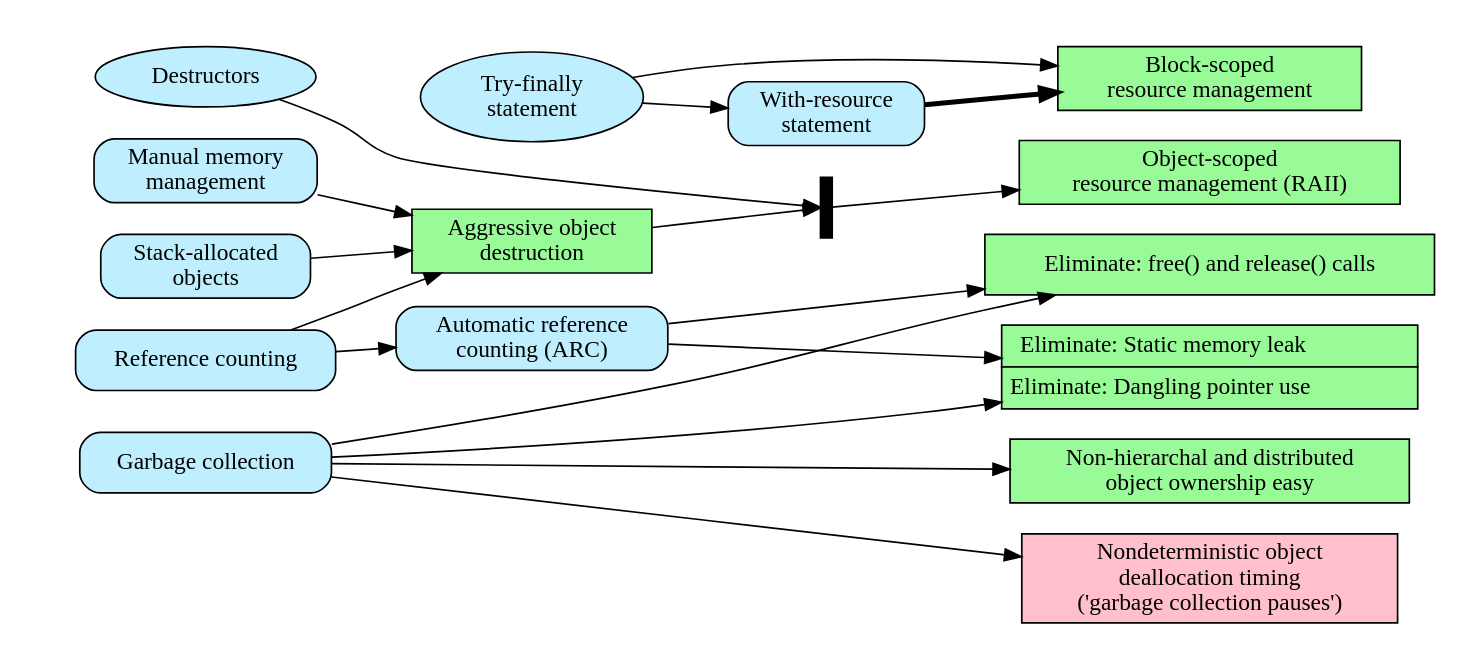
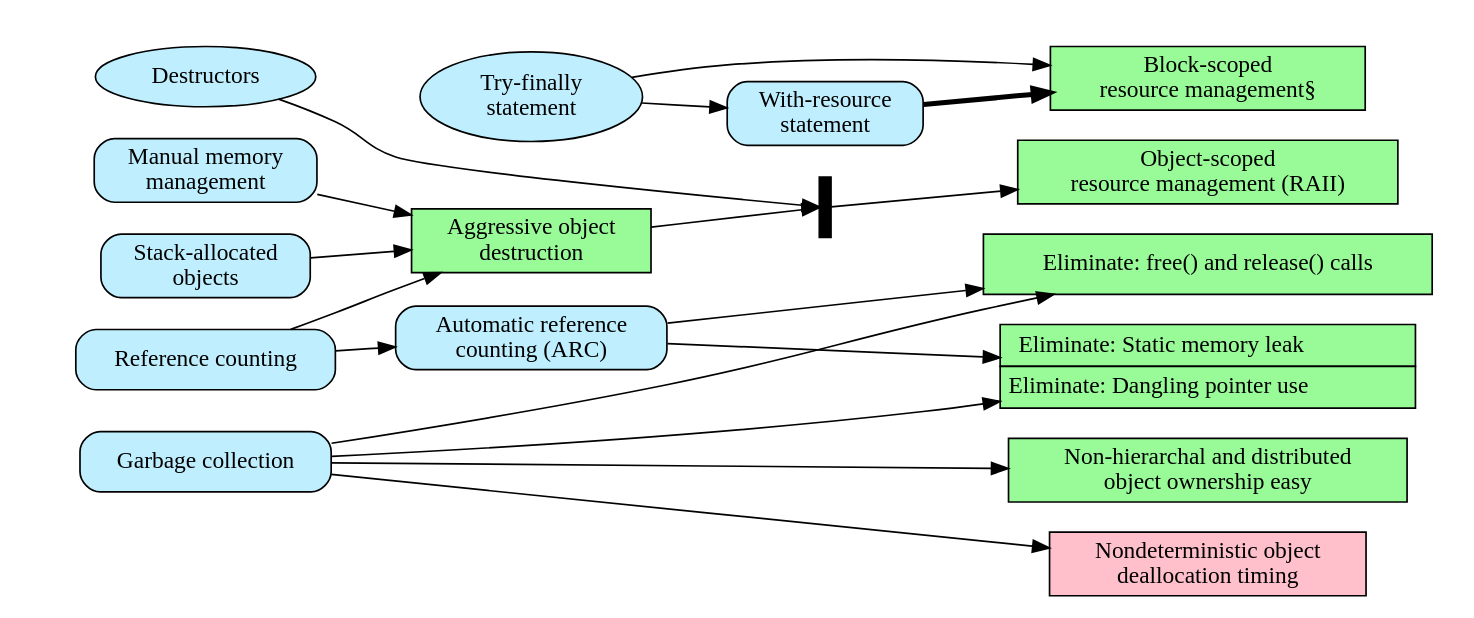
The diagram in _posts_support/2013-02-20-visual-guide-to-programming-language-properties/resource_management.dot (davidfstr/dafoster.net), drawn with Graphviz before and after one commit. The commit also changed 1 other file, not shown here.

```diff
--- a/_posts_support/2013-02-20-visual-guide-to-programming-language-properties/resource_management.dot
+++ b/_posts_support/2013-02-20-visual-guide-to-programming-language-properties/resource_management.dot
@@ -1,89 +1,89 @@
 /*
  * [] Languages: L_HASKELL, L_JAVA, L_CPP, L_OBJC, L_PYTHON, L_RUBY, L_LISP
  */
 
 digraph "Language Properties" {
     graph [rankdir = LR]                                // layout algorithm
     graph [fontname="ArialRoundedMTBold", fontsize=16]  // header font
     graph [dpi=72]
     graph [margin=-.2, color=white]                     // trim edges
     node [style=filled, fillcolor=white]                // nodes default to filled
     
     /* Node Properties */
     
     AOD_RAII [shape=box, width=.1, label="", style=filled, fillcolor=black]
     
     /* Edges */
     
     subgraph "cluster-2" {
         //label="Resource Management"
         
         // Labels & Styles
         Destructors         [label="Destructors", fillcolor=lightblue1]                             //                    L_CPP, L_OBJC
         ObjScopeRsrcManage  [label="Object-scoped\n resource management (RAII)",
             fillcolor=palegreen, shape=box]                                                         //                    L_CPP, L_OBJC
         StackAllocObjs      [label="Stack-allocated\n objects",
             fillcolor=lightblue1, shape=Mrecord]                                                    //                    L_CPP
         AggressiveObjDestruct   [label="Aggressive object\n destruction",
             fillcolor=palegreen, shape=box]                                                         //                    L_CPP, L_OBJC
         ManualMemManage     [label="Manual memory\n management",
             fillcolor=lightblue1, shape=Mrecord]                                                    //                    L_CPP
         RefCounting         [label="Reference counting", fillcolor=lightblue1, shape=Mrecord]       //                           L_OBJC
         ElimFreeRelease     [label="Eliminate: free() and release() calls",
             fillcolor=palegreen, shape=box]                                                         // L_HASKELL, L_JAVA,        L_OBJC, L_PYTHON, L_RUBY, L_LISP
         AutoRefCounting     [label="Automatic reference\n counting (ARC)",
             fillcolor=lightblue1, shape=Mrecord]                                                    //                           L_OBJC
         TryFinally          [label="Try-finally\n statement", fillcolor=lightblue1]                 //            L_JAVA,                L_PYTHON, L_RUBY
         WithStatement       [label="With-resource\n statement",
             fillcolor=lightblue1, shape=Mrecord]                                                    //                                   L_PYTHON
-        BlockScopeRsrcManage    [label="Block-scoped\n resource management",
+        BlockScopeRsrcManage    [label="Block-scoped\n resource management§",
             fillcolor=palegreen, shape=box]                                                         //            L_JAVA,                L_PYTHON, L_RUBY
         GarbageCollect      [label="Garbage collection",
             fillcolor=lightblue1, shape=Mrecord]                                                    // L_HASKELL, L_JAVA,                L_PYTHON, L_RUBY, L_LISP
         ElimStaticMemLeak   [shape=none, margin=0, label=<
             <table border="0" cellborder="1" cellspacing="0" cellpadding="4">
                 <tr><td bgcolor="palegreen"> Eliminate: Static memory leak </td></tr>
                 <tr><td bgcolor="palegreen"> Eliminate: Dangling pointer use </td></tr>
             </table>>]                                                                              // L_HASKELL, L_JAVA,        L_OBJC, L_PYTHON, L_RUBY, L_LISP
         AnyObjOwnershipPattern  [label="Non-hierarchal and distributed\n object ownership easy",
             fillcolor=palegreen, shape=box]                                                         // L_HASKELL, L_JAVA,                L_PYTHON, L_RUBY, L_LISP
         NondetermObjDealloc [label=
-            "Nondeterministic object\n deallocation timing\n ('garbage collection pauses')",
+            "Nondeterministic object\n deallocation timing",
             fillcolor=pink, shape=box]                                                              // L_HASKELL, L_JAVA,                L_PYTHON, L_RUBY, L_LISP
         
         // Nodes & Edges
         Destructors                              -> AOD_RAII
         StackAllocObjs  -> AggressiveObjDestruct -> AOD_RAII -> ObjScopeRsrcManage
         ManualMemManage -> AggressiveObjDestruct
         RefCounting     -> AggressiveObjDestruct
         TryFinally -> WithStatement
                       WithStatement -> BlockScopeRsrcManage [penwidth=3]
         TryFinally                  -> BlockScopeRsrcManage
         GarbageCollect            -> ElimStaticMemLeak
         GarbageCollect            -> AnyObjOwnershipPattern
         GarbageCollect            -> NondetermObjDealloc
         GarbageCollect            -> ElimFreeRelease
         RefCounting     -> AutoRefCounting -> ElimFreeRelease
                            AutoRefCounting -> ElimStaticMemLeak
         
         // Layout hacking
         // (Nodes should be adjacent)
         ObjScopeRsrcManage -> BlockScopeRsrcManage [style=invis]
         // (Destructors to top)
         StackAllocObjs -> Destructors [style=invis]
         
         subgraph { rank=source
             Destructors StackAllocObjs RefCounting ManualMemManage
             GarbageCollect
         }
         
         subgraph { rank=same
             AggressiveObjDestruct AutoRefCounting
         }
         
         subgraph { rank=sink
             ObjScopeRsrcManage BlockScopeRsrcManage ElimStaticMemLeak
             AnyObjOwnershipPattern ElimFreeRelease NondetermObjDealloc
         }
     }
 }
```
